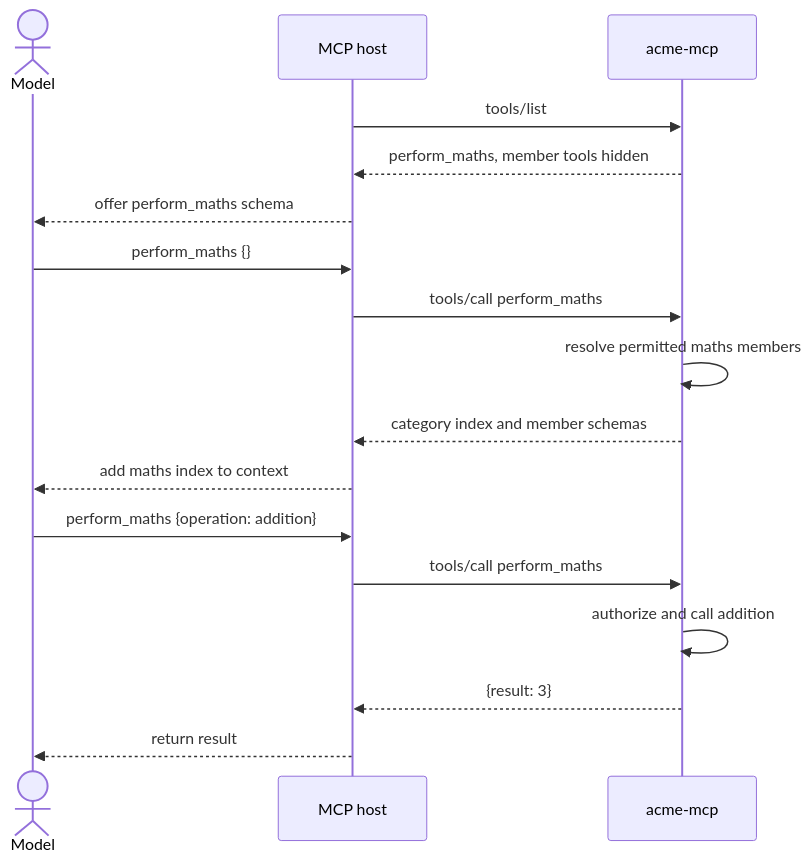
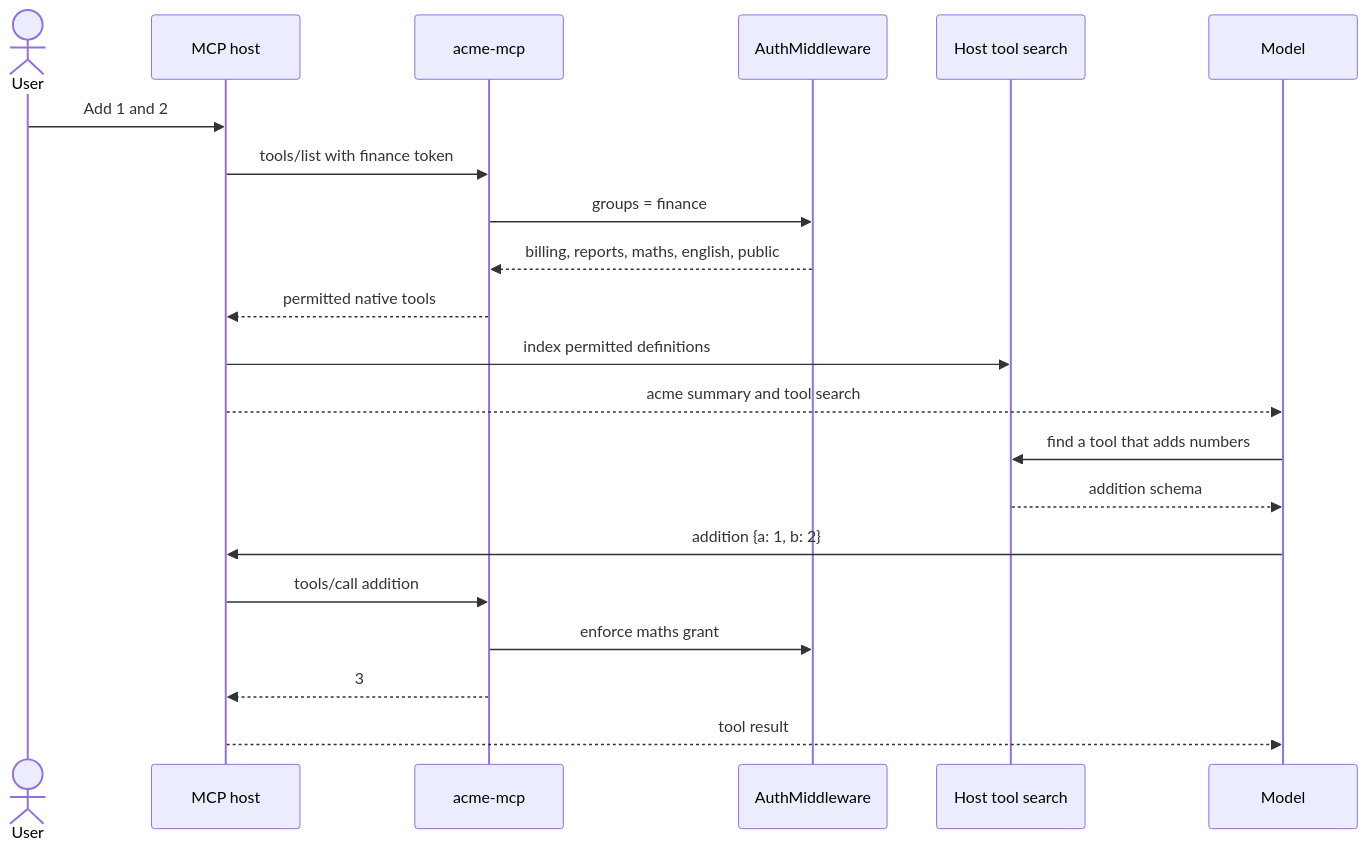
The diagram in docs/tool-grouping.md (MattJColes/acme-mcp), drawn with Mermaid before and after one commit. The commit also changed other lines of this file and 15 other files, not shown here.

Commit message:
refactor!: replace facades with native tool discovery

````diff
--- a/docs/tool-grouping.md
+++ b/docs/tool-grouping.md
@@ -78,22 +76,24 @@
 ```mermaid
 sequenceDiagram
-    actor Model
+    actor User
     participant Host as MCP host
     participant Server as acme-mcp
+    participant Access as AuthMiddleware
+    participant Search as Host tool search
+    participant Model
 
-    Host->>Server: tools/list
-    Server-->>Host: perform_maths, member tools hidden
-    Host-->>Model: offer perform_maths schema
-
-    Model->>Host: perform_maths {}
-    Host->>Server: tools/call perform_maths
-    Server->>Server: resolve permitted maths members
-    Server-->>Host: category index and member schemas
-    Host-->>Model: add maths index to context
-
-    Model->>Host: perform_maths {operation: addition}
-    Host->>Server: tools/call perform_maths
-    Server->>Server: authorize and call addition
-    Server-->>Host: {result: 3}
-    Host-->>Model: return result
+    User->>Host: Add 1 and 2
+    Host->>Server: tools/list with finance token
+    Server->>Access: groups = finance
+    Access-->>Server: billing, reports, maths, english, public
+    Server-->>Host: permitted native tools
+    Host->>Search: index permitted definitions
+    Host-->>Model: acme summary and tool search
+    Model->>Search: find a tool that adds numbers
+    Search-->>Model: addition schema
+    Model->>Host: addition {a: 1, b: 2}
+    Host->>Server: tools/call addition
+    Server->>Access: enforce maths grant
+    Server-->>Host: 3
+    Host-->>Model: tool result
 ```
````
